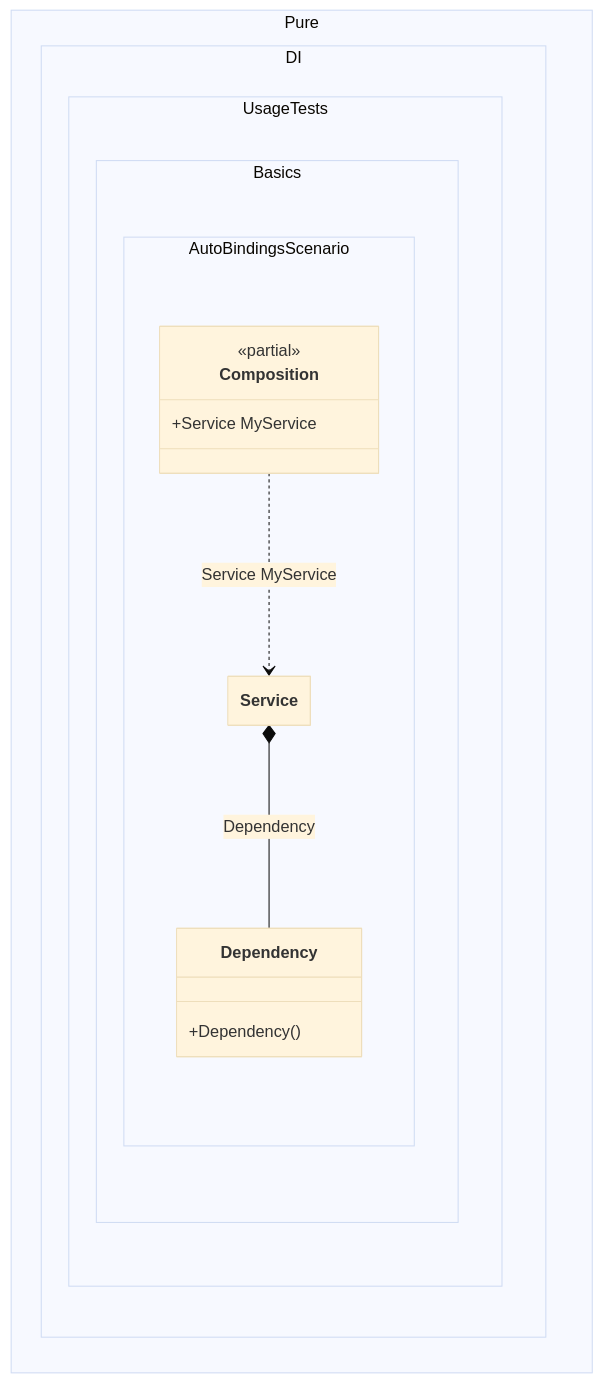
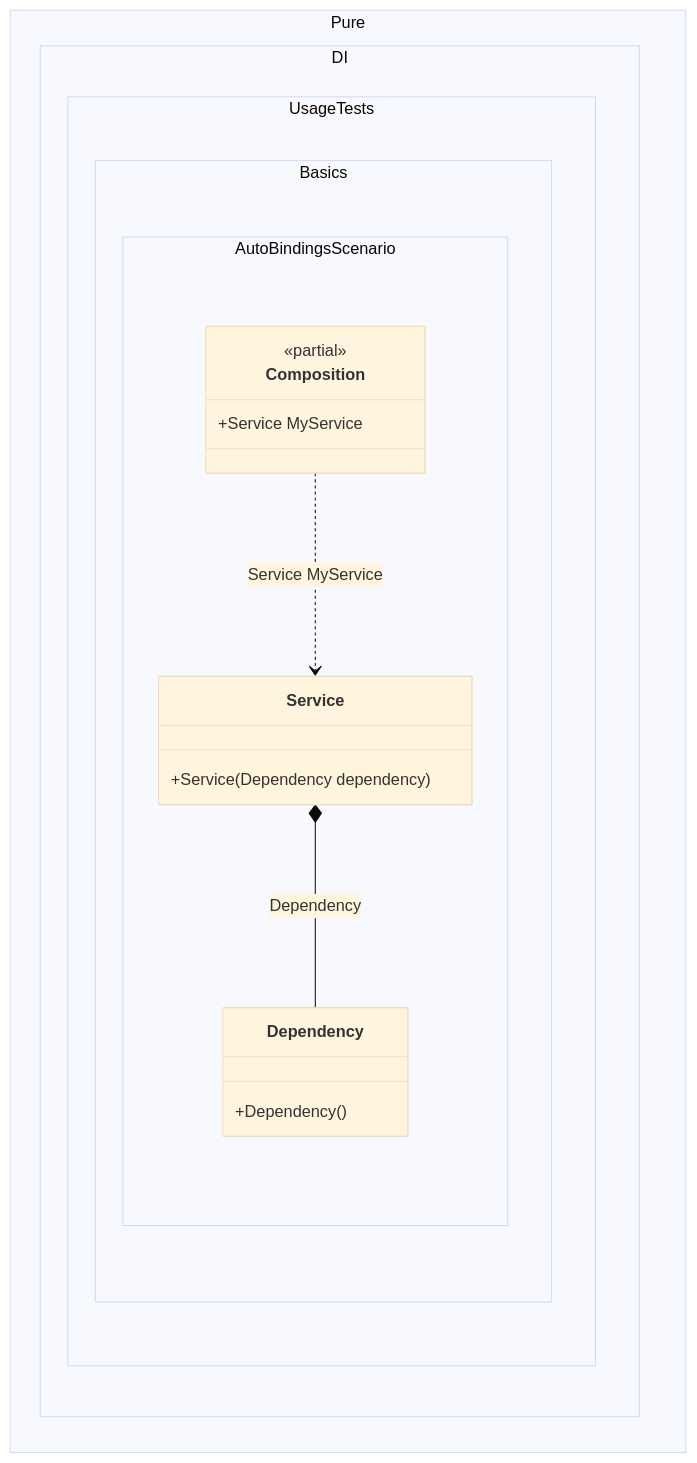
The diagram in readme/auto-bindings.md (DevTeam/Pure.DI), drawn with Mermaid (base theme) before and after one commit. The commit also changed 113 other files, not shown here.

````diff
--- a/readme/auto-bindings.md
+++ b/readme/auto-bindings.md
@@ -85,21 +85,22 @@
 ```mermaid
 ---
  config:
   class:
    hideEmptyMembersBox: true
 ---
 classDiagram
 	Composition ..> Service : Service MyService
 	Service *--  Dependency : Dependency
 	namespace Pure.DI.UsageTests.Basics.AutoBindingsScenario {
 		class Composition {
 		<<partial>>
 		+Service MyService
 		}
 		class Dependency {
 			+Dependency()
 		}
 		class Service {
+			+Service(Dependency dependency)
 		}
 	}
 ```
````
